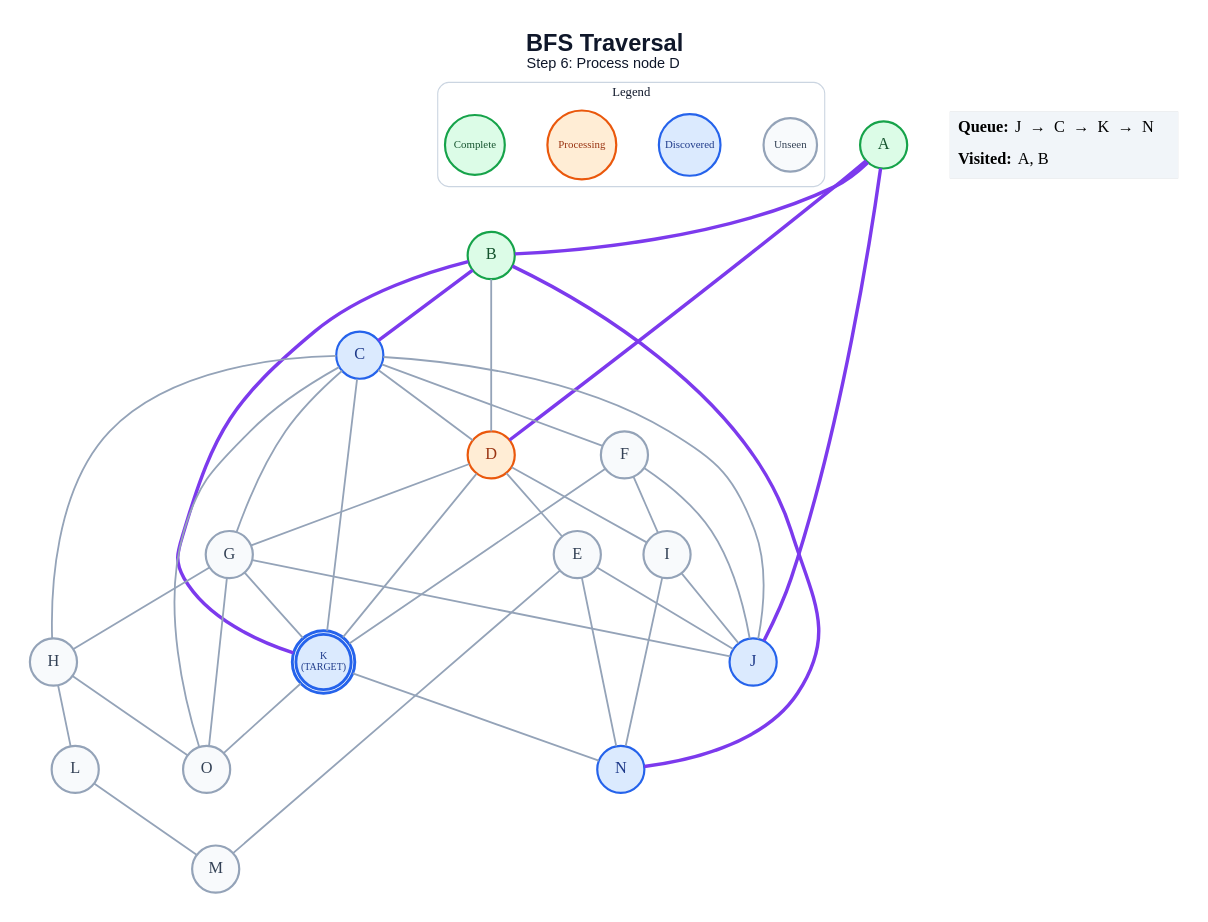
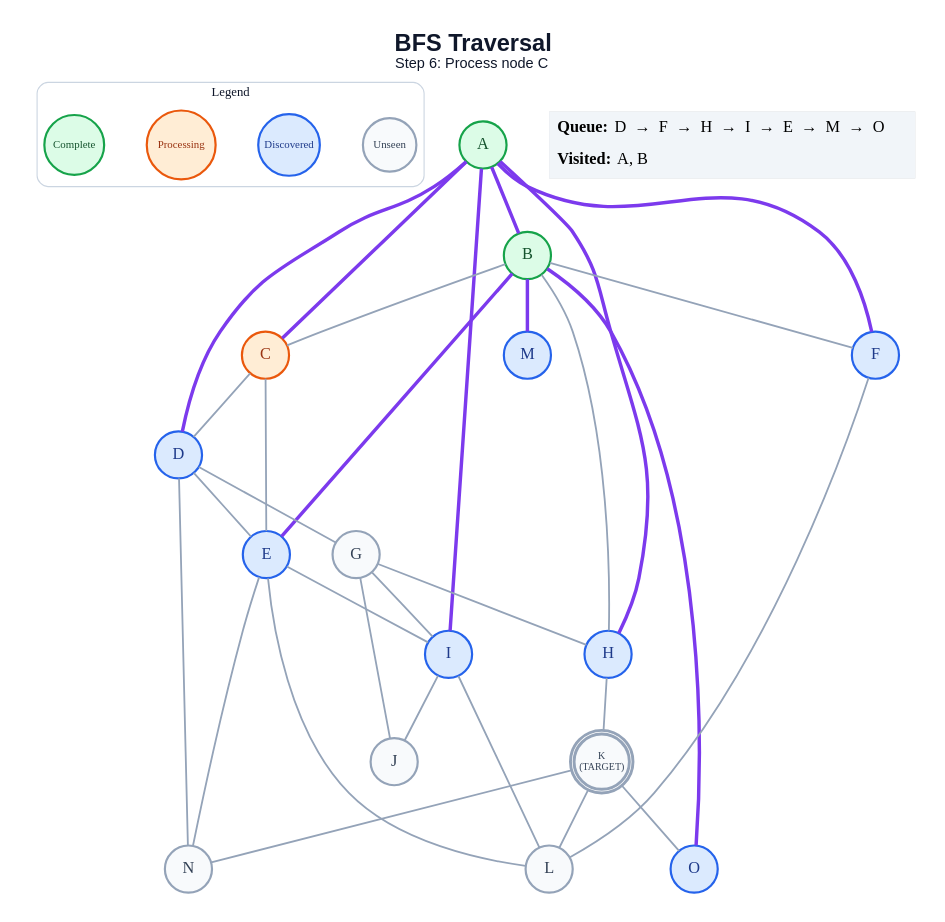
The diagram in generated/specific-node/bfs/step_06.dot (anon7238593-create/ai-slop), drawn with Graphviz before and after one commit. The commit also changed 279 other files, not shown here.

```diff
--- a/generated/specific-node/bfs/step_06.dot
+++ b/generated/specific-node/bfs/step_06.dot
@@ -1,69 +1,64 @@
 graph traversal {
   graph [layout=dot, rankdir=TB, bgcolor="#FFFFFF", pad="0.35", nodesep="0.65", ranksep="0.8", fontname="Arial"];
   node [shape=circle, style="filled", fontname="Arial Bold", fontsize=18, width=0.72, fixedsize=true, penwidth=2.4];
   edge [color="#94A3B8", penwidth=2.0];
-  label=<<B>BFS Traversal</B><BR/><FONT POINT-SIZE="16">Step 6: Process node D</FONT>>; labelloc="t"; fontsize=26; fontname="Arial"; fontcolor="#0F172A";
+  label=<<B>BFS Traversal</B><BR/><FONT POINT-SIZE="16">Step 6: Process node C</FONT>>; labelloc="t"; fontsize=26; fontname="Arial"; fontcolor="#0F172A";
   subgraph cluster_legend { label="Legend"; color="#CBD5E1"; penwidth=1.2; style="rounded"; fontsize=14; fontname="Arial Bold";
     key_unseen [label="Unseen", fillcolor="#F8FAFC", color="#94A3B8", fontcolor="#334155", fontsize=12, width=0.82];
     key_frontier [label="Discovered", fillcolor="#DBEAFE", color="#2563EB", fontcolor="#1E3A8A", fontsize=12, width=0.95];
     key_current [label="Processing", fillcolor="#FFEDD5", color="#EA580C", fontcolor="#9A3412", fontsize=12, width=1.05];
     key_done [label="Complete", fillcolor="#DCFCE7", color="#16A34A", fontcolor="#14532D", fontsize=12, width=0.92];
     { rank=same; key_unseen; key_frontier; key_current; key_done; }
   }
   A [label="A", fillcolor="#DCFCE7", color="#16A34A", fontcolor="#14532D", peripheries=1, penwidth=2.4];
   B [label="B", fillcolor="#DCFCE7", color="#16A34A", fontcolor="#14532D", peripheries=1, penwidth=2.4];
-  C [label="C", fillcolor="#DBEAFE", color="#2563EB", fontcolor="#1E3A8A", peripheries=1, penwidth=2.4];
-  D [label="D", fillcolor="#FFEDD5", color="#EA580C", fontcolor="#9A3412", peripheries=1, penwidth=2.4];
-  E [label="E", fillcolor="#F8FAFC", color="#94A3B8", fontcolor="#334155", peripheries=1, penwidth=2.4];
-  F [label="F", fillcolor="#F8FAFC", color="#94A3B8", fontcolor="#334155", peripheries=1, penwidth=2.4];
+  C [label="C", fillcolor="#FFEDD5", color="#EA580C", fontcolor="#9A3412", peripheries=1, penwidth=2.4];
+  D [label="D", fillcolor="#DBEAFE", color="#2563EB", fontcolor="#1E3A8A", peripheries=1, penwidth=2.4];
+  E [label="E", fillcolor="#DBEAFE", color="#2563EB", fontcolor="#1E3A8A", peripheries=1, penwidth=2.4];
+  F [label="F", fillcolor="#DBEAFE", color="#2563EB", fontcolor="#1E3A8A", peripheries=1, penwidth=2.4];
   G [label="G", fillcolor="#F8FAFC", color="#94A3B8", fontcolor="#334155", peripheries=1, penwidth=2.4];
-  H [label="H", fillcolor="#F8FAFC", color="#94A3B8", fontcolor="#334155", peripheries=1, penwidth=2.4];
-  I [label="I", fillcolor="#F8FAFC", color="#94A3B8", fontcolor="#334155", peripheries=1, penwidth=2.4];
-  J [label="J", fillcolor="#DBEAFE", color="#2563EB", fontcolor="#1E3A8A", peripheries=1, penwidth=2.4];
-  K [label="K\n(TARGET)", fillcolor="#DBEAFE", color="#2563EB", fontcolor="#1E3A8A", peripheries=2, penwidth=3.2, fontsize=11, width=0.85, height=0.85];
+  H [label="H", fillcolor="#DBEAFE", color="#2563EB", fontcolor="#1E3A8A", peripheries=1, penwidth=2.4];
+  I [label="I", fillcolor="#DBEAFE", color="#2563EB", fontcolor="#1E3A8A", peripheries=1, penwidth=2.4];
+  J [label="J", fillcolor="#F8FAFC", color="#94A3B8", fontcolor="#334155", peripheries=1, penwidth=2.4];
+  K [label="K\n(TARGET)", fillcolor="#F8FAFC", color="#94A3B8", fontcolor="#334155", peripheries=2, penwidth=3.2, fontsize=11, width=0.85, height=0.85];
   L [label="L", fillcolor="#F8FAFC", color="#94A3B8", fontcolor="#334155", peripheries=1, penwidth=2.4];
-  M [label="M", fillcolor="#F8FAFC", color="#94A3B8", fontcolor="#334155", peripheries=1, penwidth=2.4];
-  N [label="N", fillcolor="#DBEAFE", color="#2563EB", fontcolor="#1E3A8A", peripheries=1, penwidth=2.4];
-  O [label="O", fillcolor="#F8FAFC", color="#94A3B8", fontcolor="#334155", peripheries=1, penwidth=2.4];
+  M [label="M", fillcolor="#DBEAFE", color="#2563EB", fontcolor="#1E3A8A", peripheries=1, penwidth=2.4];
+  N [label="N", fillcolor="#F8FAFC", color="#94A3B8", fontcolor="#334155", peripheries=1, penwidth=2.4];
+  O [label="O", fillcolor="#DBEAFE", color="#2563EB", fontcolor="#1E3A8A", peripheries=1, penwidth=2.4];
   A -- B [color="#7C3AED", penwidth=3.8];
+  A -- C [color="#7C3AED", penwidth=3.8];
   A -- D [color="#7C3AED", penwidth=3.8];
-  A -- J [color="#7C3AED", penwidth=3.8];
-  B -- C [color="#7C3AED", penwidth=3.8];
-  B -- D;
-  B -- K [color="#7C3AED", penwidth=3.8];
-  B -- N [color="#7C3AED", penwidth=3.8];
+  A -- F [color="#7C3AED", penwidth=3.8];
+  A -- H [color="#7C3AED", penwidth=3.8];
+  A -- I [color="#7C3AED", penwidth=3.8];
+  B -- C;
+  B -- E [color="#7C3AED", penwidth=3.8];
+  B -- F;
+  B -- H;
+  B -- M [color="#7C3AED", penwidth=3.8];
+  B -- O [color="#7C3AED", penwidth=3.8];
   C -- D;
-  C -- F;
-  C -- G;
-  C -- H;
-  C -- J;
-  C -- K;
-  C -- O;
+  C -- E;
   D -- E;
   D -- G;
-  D -- I;
-  D -- K;
-  E -- J;
-  E -- M;
+  D -- N;
+  E -- I;
+  E -- L;
   E -- N;
-  F -- I;
-  F -- J;
-  F -- K;
+  F -- L;
   G -- H;
+  G -- I;
   G -- J;
-  G -- K;
-  G -- O;
-  H -- L;
-  H -- O;
+  H -- K;
   I -- J;
-  I -- N;
+  I -- L;
+  K -- L;
   K -- N;
   K -- O;
-  L -- M;
   status [shape=plain, fixedsize=false, width=0, height=0, margin=0, label=<
     <TABLE BORDER="0" CELLBORDER="0" CELLPADDING="7" BGCOLOR="#F1F5F9">
-      <TR><TD ALIGN="LEFT"><B>Queue:</B> J  →  C  →  K  →  N</TD></TR>
+      <TR><TD ALIGN="LEFT"><B>Queue:</B> D  →  F  →  H  →  I  →  E  →  M  →  O</TD></TR>
       <TR><TD ALIGN="LEFT"><B>Visited:</B> A, B</TD></TR>
     </TABLE>
   >];
 }
```
